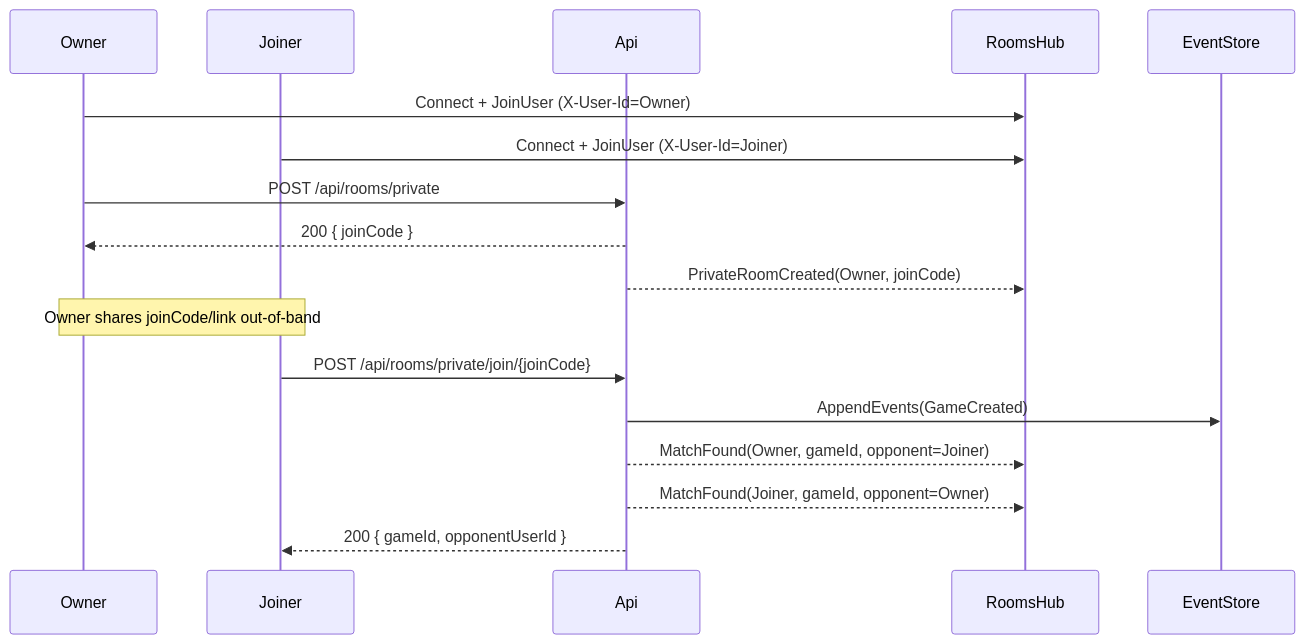
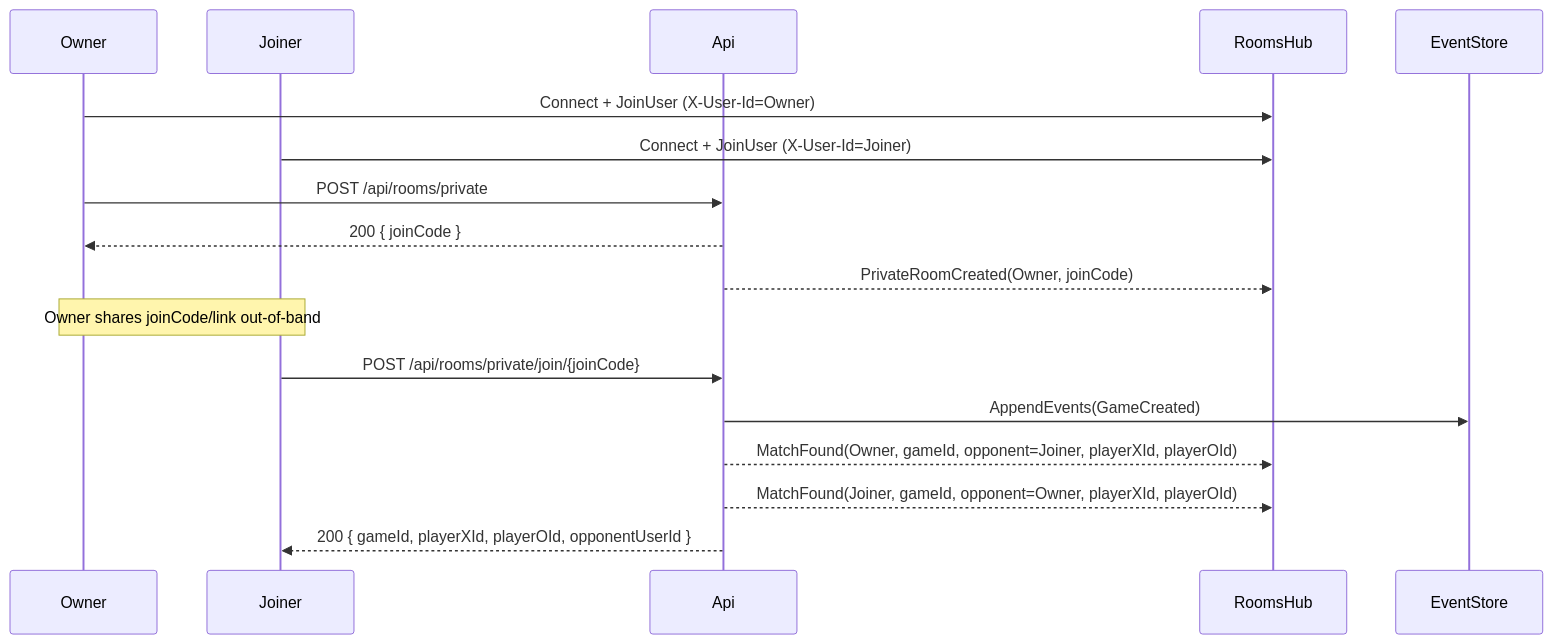
One commit to NetCoreParty/ultimate-tic-tac-toe-back changed the fifth of 7 diagrams in docs/USER_FLOWS.md. Above: the diagram before and after it, drawn with Mermaid. The commit also changed other lines of this file and 14 other files, not shown here.

````diff
--- a/docs/USER_FLOWS.md
+++ b/docs/USER_FLOWS.md
@@ -78,23 +110,23 @@
 ```mermaid
 sequenceDiagram
   participant Owner
   participant Joiner
   participant Api
   participant RoomsHub
   participant EventStore
 
   Owner->>RoomsHub: Connect + JoinUser (X-User-Id=Owner)
   Joiner->>RoomsHub: Connect + JoinUser (X-User-Id=Joiner)
 
   Owner->>Api: POST /api/rooms/private
   Api-->>Owner: 200 { joinCode }
   Api-->>RoomsHub: PrivateRoomCreated(Owner, joinCode)
 
   Note over Owner,Joiner: Owner shares joinCode/link out-of-band
 
   Joiner->>Api: POST /api/rooms/private/join/{joinCode}
   Api->>EventStore: AppendEvents(GameCreated)
-  Api-->>RoomsHub: MatchFound(Owner, gameId, opponent=Joiner)
-  Api-->>RoomsHub: MatchFound(Joiner, gameId, opponent=Owner)
-  Api-->>Joiner: 200 { gameId, opponentUserId }
+  Api-->>RoomsHub: MatchFound(Owner, gameId, opponent=Joiner, playerXId, playerOId)
+  Api-->>RoomsHub: MatchFound(Joiner, gameId, opponent=Owner, playerXId, playerOId)
+  Api-->>Joiner: 200 { gameId, playerXId, playerOId, opponentUserId }
 ```
````
